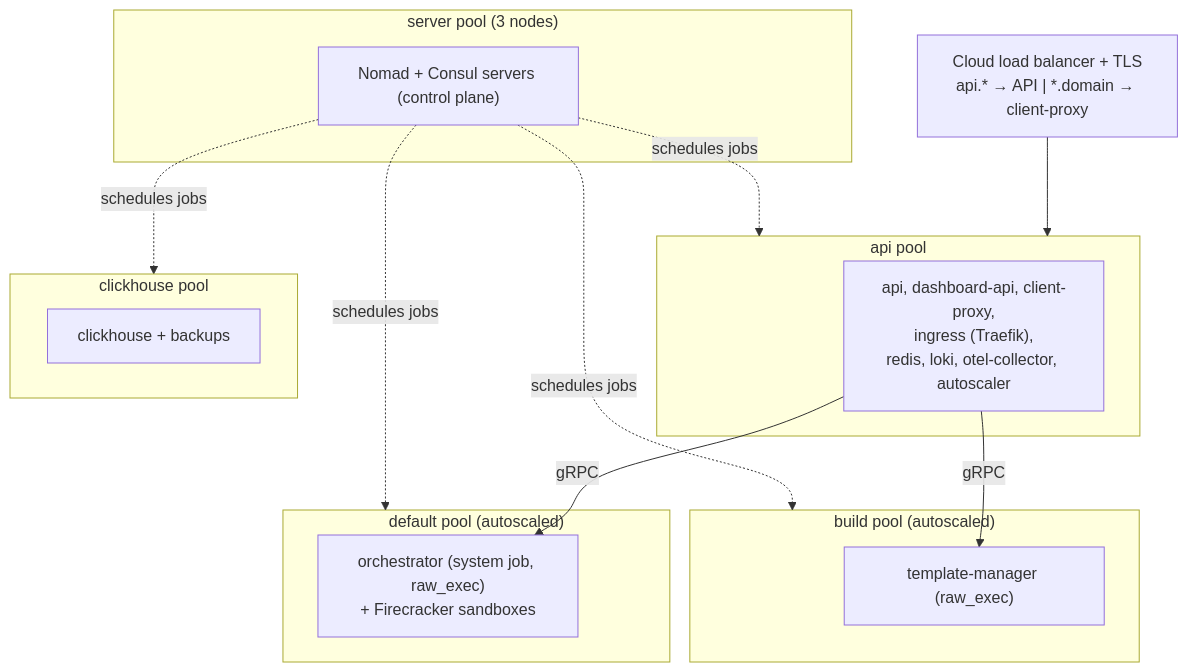
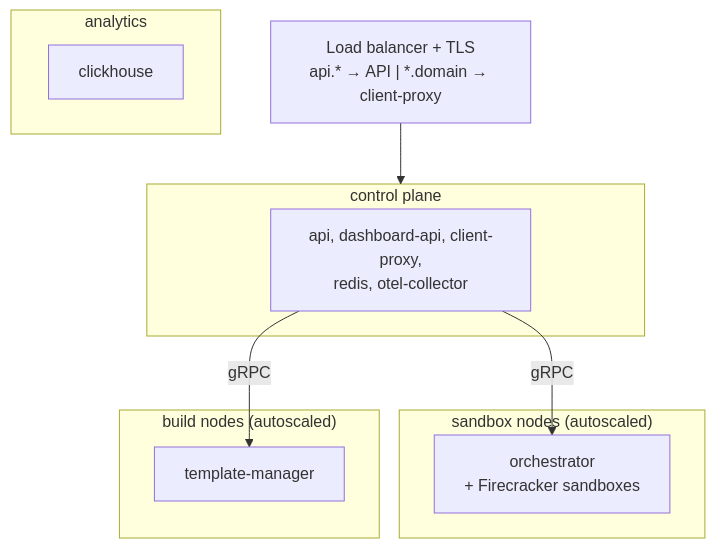
The sixth of 6 diagrams in docs/ARCHITECTURE.md (e2b-dev/infra), drawn with Mermaid before and after one commit. The commit also changed other lines of this file and 19 other files, not shown here.

````diff
--- a/docs/ARCHITECTURE.md
+++ b/docs/ARCHITECTURE.md
@@ -582,24 +581,20 @@
 ```mermaid
 flowchart TB
-    LB["Cloud load balancer + TLS<br/>api.* → API | *.domain → client-proxy"]
+    LB["Load balancer + TLS<br/>api.* → API | *.domain → client-proxy"]
 
-    subgraph servers["server pool (3 nodes)"]
-        NS["Nomad + Consul servers (control plane)"]
+    subgraph control["control plane"]
+        AJ["api, dashboard-api, client-proxy,<br/>redis, otel-collector"]
     end
-    subgraph apipool["api pool"]
-        AJ["api, dashboard-api, client-proxy,<br/>ingress (Traefik),<br/>redis, loki, otel-collector, autoscaler"]
+    subgraph sandboxnodes["sandbox nodes (autoscaled)"]
+        OJ["orchestrator<br/>+ Firecracker sandboxes"]
     end
-    subgraph clientpool["default pool (autoscaled)"]
-        OJ["orchestrator (system job, raw_exec)<br/>+ Firecracker sandboxes"]
+    subgraph buildnodes["build nodes (autoscaled)"]
+        TJ["template-manager"]
     end
-    subgraph buildpool["build pool (autoscaled)"]
-        TJ["template-manager (raw_exec)"]
-    end
-    subgraph chpool["clickhouse pool"]
-        CJ["clickhouse + backups"]
+    subgraph ch["analytics"]
+        CJ["clickhouse"]
     end
 
-    LB --> apipool
+    LB --> control
     AJ -->|gRPC| OJ & TJ
-    NS -.->|schedules jobs| apipool & clientpool & buildpool & chpool
 ```
````
